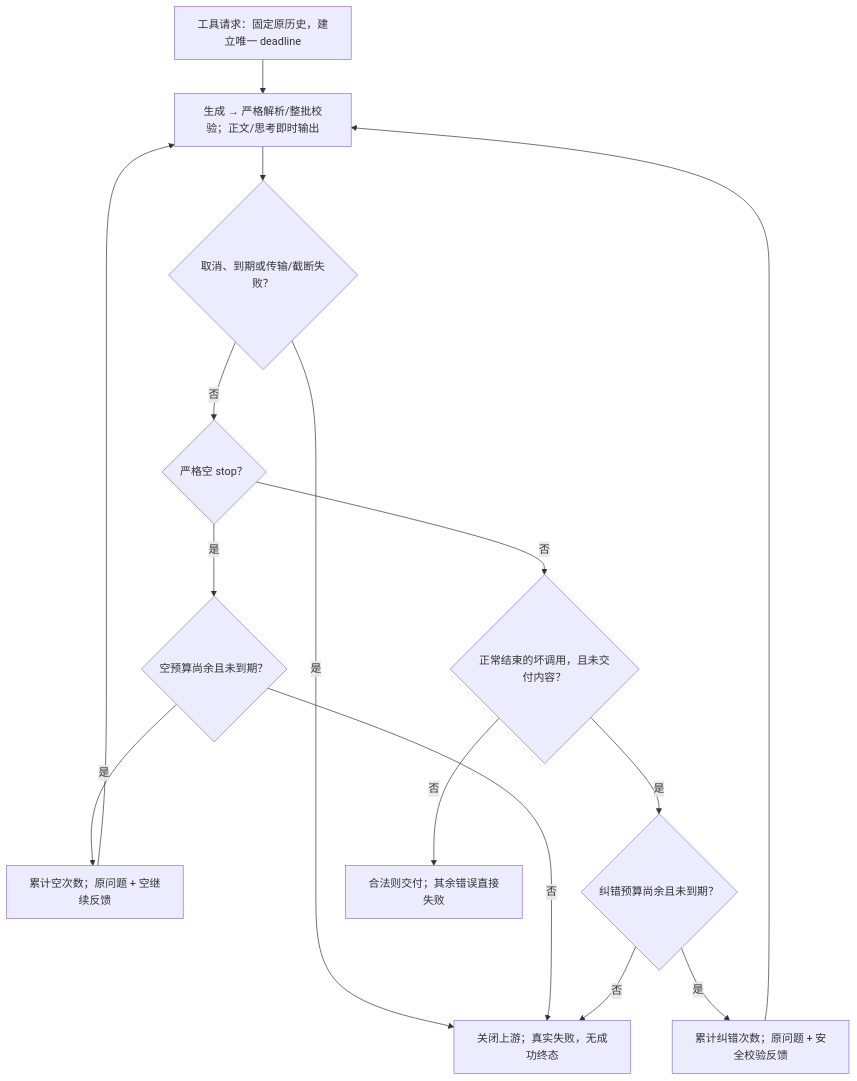
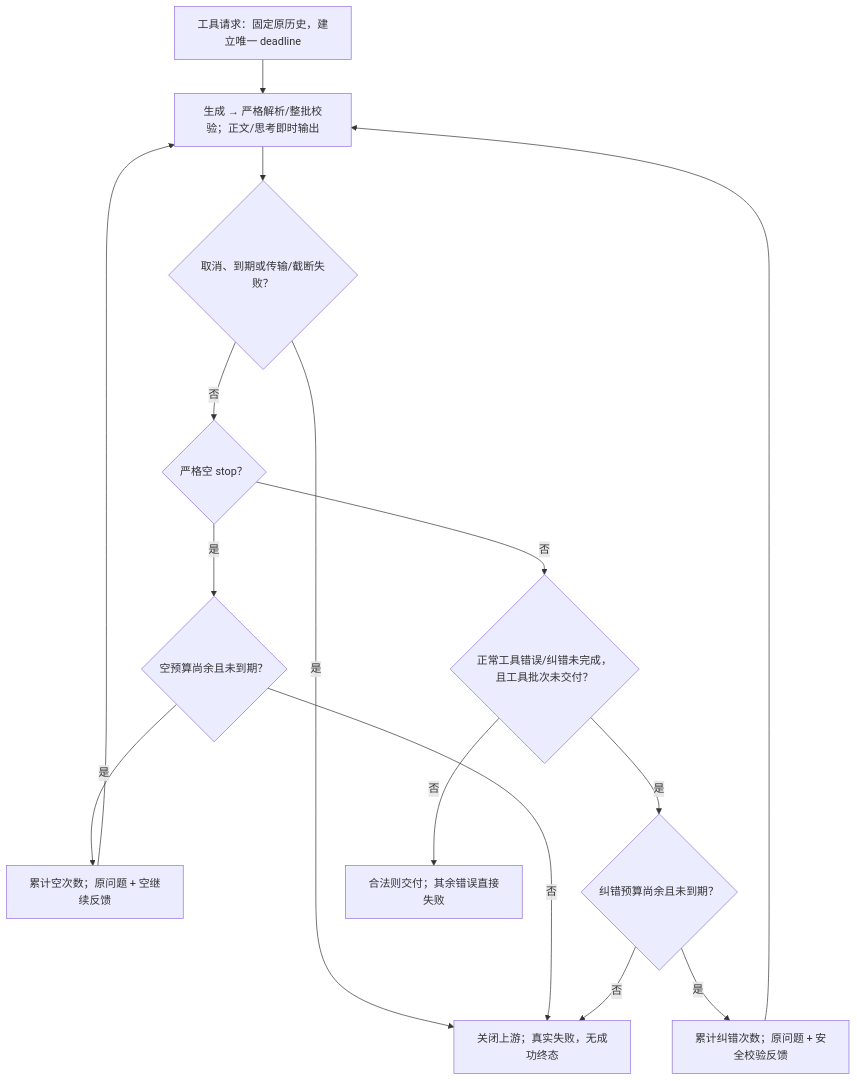
The second of 2 diagrams in docs/STAGE_NATIVE_FIRST.md (FrozenYears/shanghaitech-genai2api), drawn with Mermaid before and after one commit. The commit also changed other lines of this file and 9 other files, not shown here.

````diff
--- a/docs/STAGE_NATIVE_FIRST.md
+++ b/docs/STAGE_NATIVE_FIRST.md
@@ -100,17 +100,17 @@
 ```mermaid
 flowchart TD
     A["工具请求：固定原历史，建立唯一 deadline"] --> B["生成 → 严格解析/整批校验；正文/思考即时输出"]
     B --> C{"取消、到期或传输/截断失败？"}
     C -->|"是"| X["关闭上游；真实失败，无成功终态"]
     C -->|"否"| D{"严格空 stop？"}
     D -->|"是"| E{"空预算尚余且未到期？"}
     E -->|"是"| F["累计空次数；原问题 + 空继续反馈"]
     F --> B
     E -->|"否"| X
-    D -->|"否"| G{"正常结束的坏调用，且未交付内容？"}
+    D -->|"否"| G{"正常工具错误/纠错未完成，且工具批次未交付？"}
     G -->|"是"| H{"纠错预算尚余且未到期？"}
     H -->|"是"| I["累计纠错次数；原问题 + 安全校验反馈"]
     I --> B
     H -->|"否"| X
     G -->|"否"| J["合法则交付；其余错误直接失败"]
 ```
````
